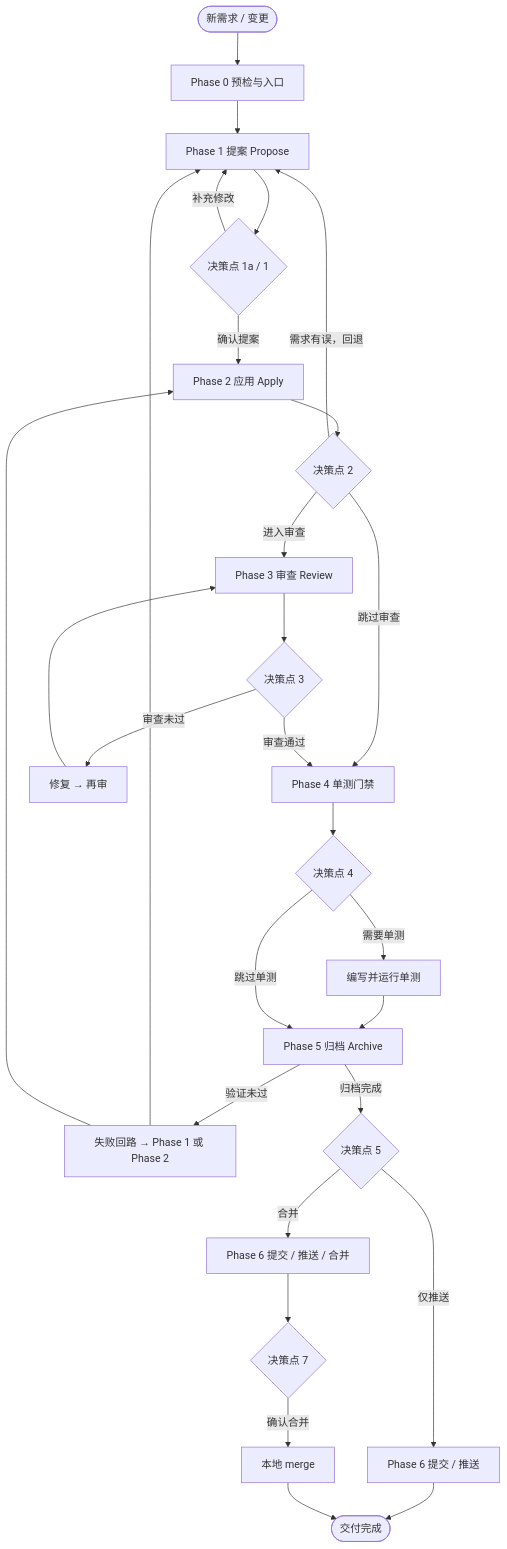
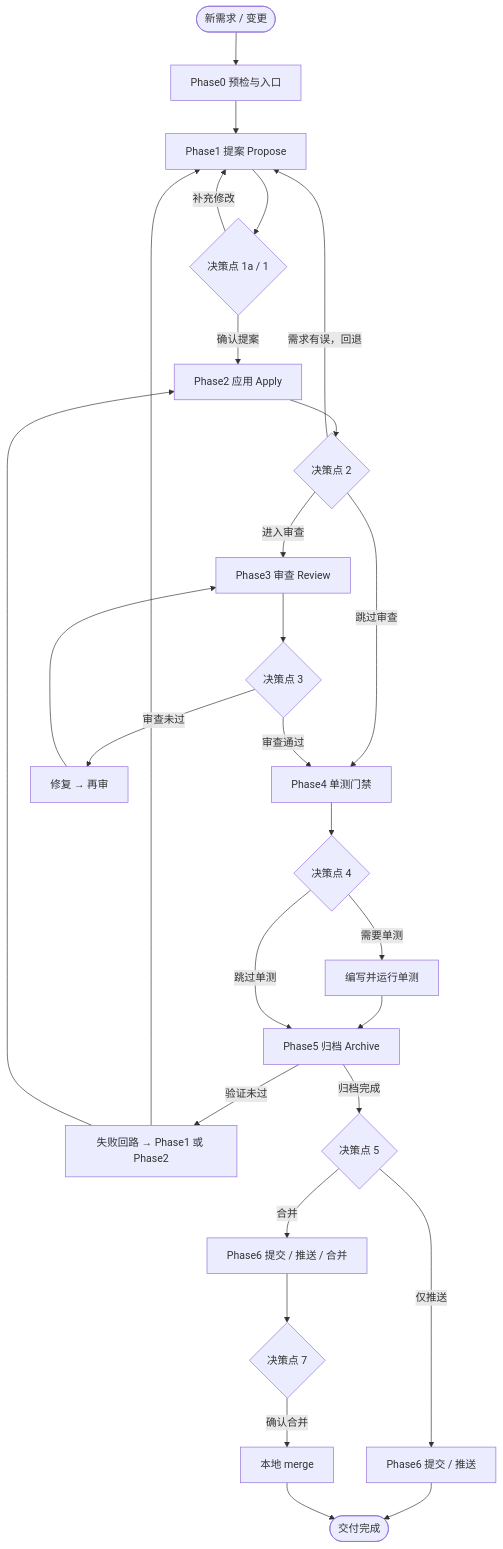
The diagram in dev-pipeline/README.md (ZhaoYis/My-Skills), drawn with Mermaid before and after one commit. The commit also changed other lines of this file and 30 other files, not shown here.

````diff
--- a/dev-pipeline/README.md
+++ b/dev-pipeline/README.md
@@ -75,38 +75,38 @@
 ```mermaid
 flowchart TD
-  START(["新需求 / 变更"]) --> P0["Phase 0 预检与入口"]
+  START(["新需求 / 变更"]) --> P0["Phase0 预检与入口"]
 
-  P0 --> P1["Phase 1 提案 Propose"]
+  P0 --> P1["Phase1 提案 Propose"]
 
   P1 --> DP1{"决策点 1a / 1"}
-  DP1 -->|确认提案| P2["Phase 2 应用 Apply"]
+  DP1 -->|确认提案| P2["Phase2 应用 Apply"]
   DP1 -->|补充修改| P1
 
   P2 --> DP2{"决策点 2"}
-  DP2 -->|进入审查| P3["Phase 3 审查 Review"]
-  DP2 -->|跳过审查| P4["Phase 4 单测门禁"]
+  DP2 -->|进入审查| P3["Phase3 审查 Review"]
+  DP2 -->|跳过审查| P4["Phase4 单测门禁"]
   DP2 -->|需求有误，回退| P1
 
   P3 --> DP3{"决策点 3"}
   DP3 -->|审查通过| P4
   DP3 -->|审查未过| FIX["修复 → 再审"]
   FIX --> P3
 
   P4 --> DP4{"决策点 4"}
   DP4 -->|需要单测| UT["编写并运行单测"]
-  UT --> P5["Phase 5 归档 Archive"]
+  UT --> P5["Phase5 归档 Archive"]
   DP4 -->|跳过单测| P5
 
-  P5 -->|验证未过| VFIX["失败回路 → Phase 1 或 Phase 2"]
+  P5 -->|验证未过| VFIX["失败回路 → Phase1 或 Phase2"]
   VFIX --> P1
   VFIX --> P2
   P5 -->|归档完成| DP5{"决策点 5"}
-  DP5 -->|仅推送| P6["Phase 6 提交 / 推送"]
-  DP5 -->|合并| P6MERGE["Phase 6 提交 / 推送 / 合并"]
+  DP5 -->|仅推送| P6["Phase6 提交 / 推送"]
+  DP5 -->|合并| P6MERGE["Phase6 提交 / 推送 / 合并"]
 
   P6 --> DONE(["交付完成"])
 
   P6MERGE --> DP7{"决策点 7"}
   DP7 -->|确认合并| MERGE["本地 merge"]
   MERGE --> DONE
 ```
````
